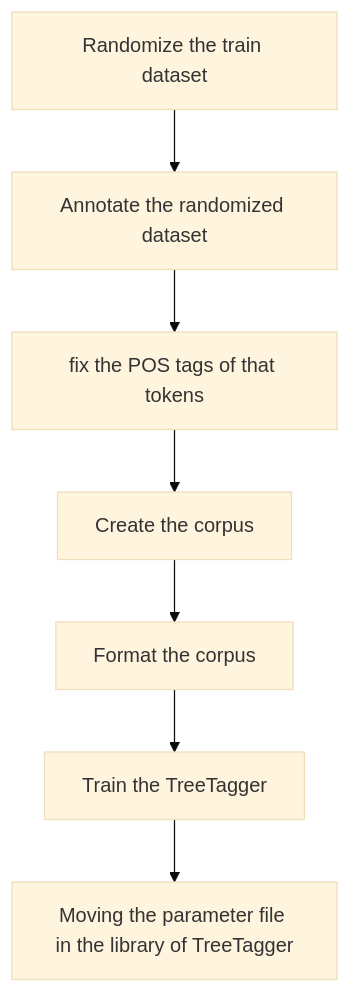
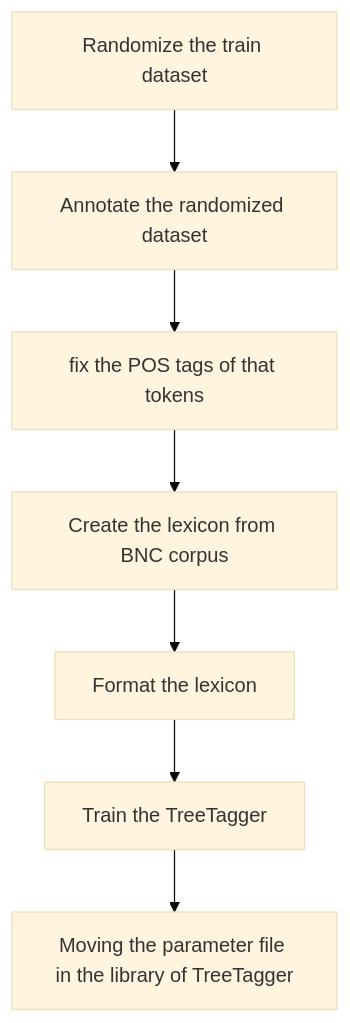
Before and after one commit to BOUTRIKmohamed-org/Tree-Tagger-Training: the first of 2 diagrams in README.md, drawn with Mermaid (base theme).

````diff
--- a/README.md
+++ b/README.md
@@ -31,10 +31,10 @@
 ```mermaid
 graph TD;
    A[Randomize the train dataset] --> B[Annotate the randomized dataset];
    B[Annotate the randomized dataset] --> C[fix the POS tags of that tokens];
    C[fix the POS tags of that tokens] --> E[Create the corpus];
-   E[Create the corpus] --> F[Format the corpus];
-   F[Format the corpus] --> G[Train the TreeTagger];
+   E[Create the lexicon from BNC corpus] --> F[Format the lexicon];
+   F[Format the lexicon] --> G[Train the TreeTagger];
    G[Train the TreeTagger] --> H[Moving the parameter file in the library of TreeTagger]
     
 ```
````
